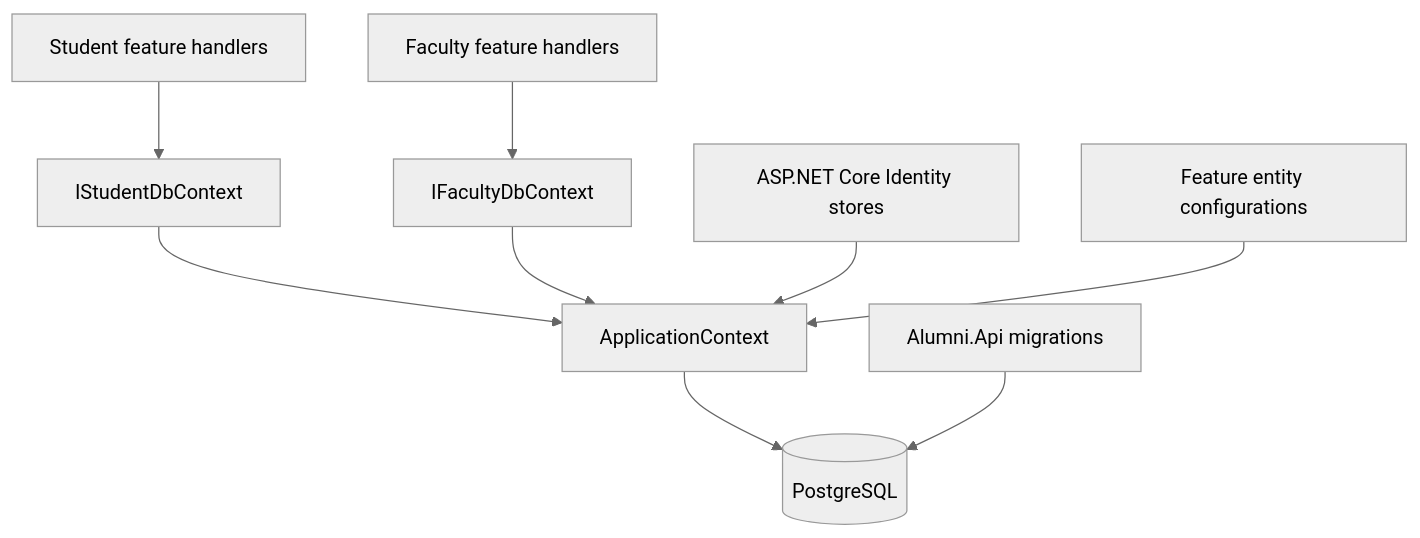
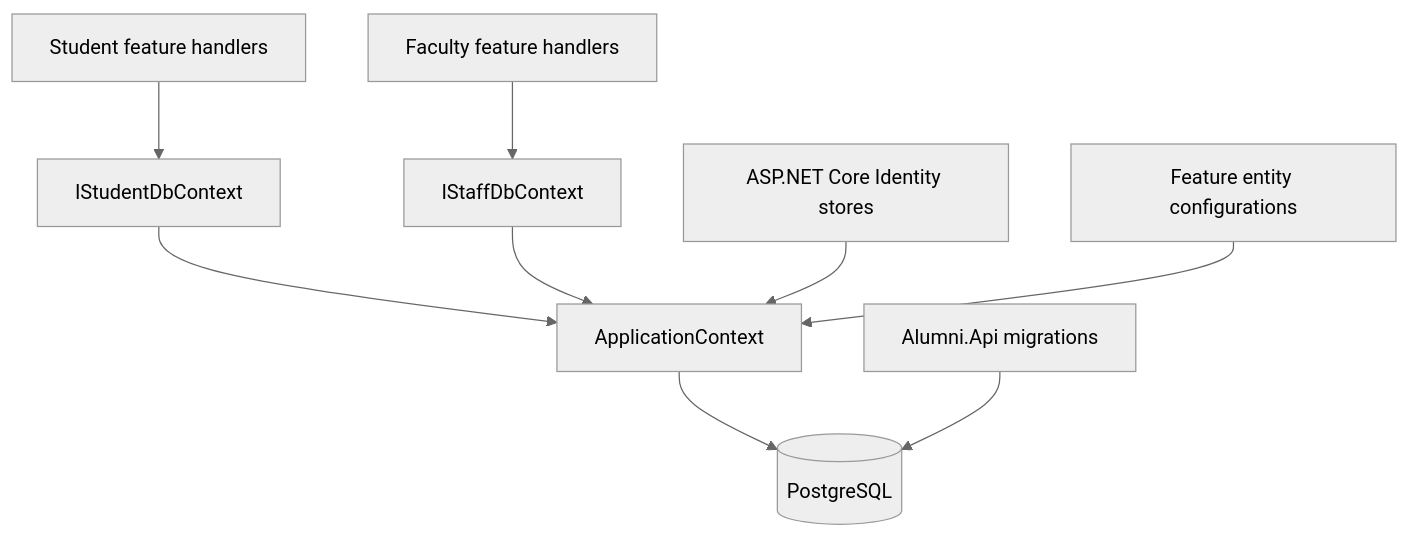
One commit to MihirJayavant/AlumniService changed the diagram in docs/Persistence-and-Migrations.md. Above: the diagram before and after it, drawn with Mermaid (neutral theme). The commit also changed other lines of this file and 56 other files, not shown here.

````diff
--- a/docs/Persistence-and-Migrations.md
+++ b/docs/Persistence-and-Migrations.md
@@ -9,11 +9,11 @@
 ```mermaid
 flowchart TD
     SH[Student feature handlers] --> SI[IStudentDbContext]
-    FH[Faculty feature handlers] --> FI[IFacultyDbContext]
+    FH[Faculty feature handlers] --> FI[IStaffDbContext]
     SI --> AC[ApplicationContext]
     FI --> AC
     ID[ASP.NET Core Identity stores] --> AC
     AC --> PG[(PostgreSQL)]
     SC[Feature entity configurations] --> AC
     MG[Alumni.Api migrations] --> PG
 ```
````
